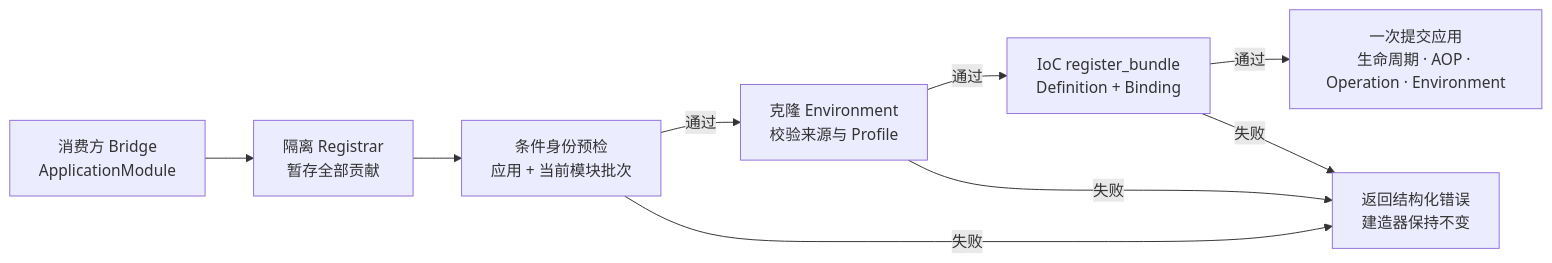
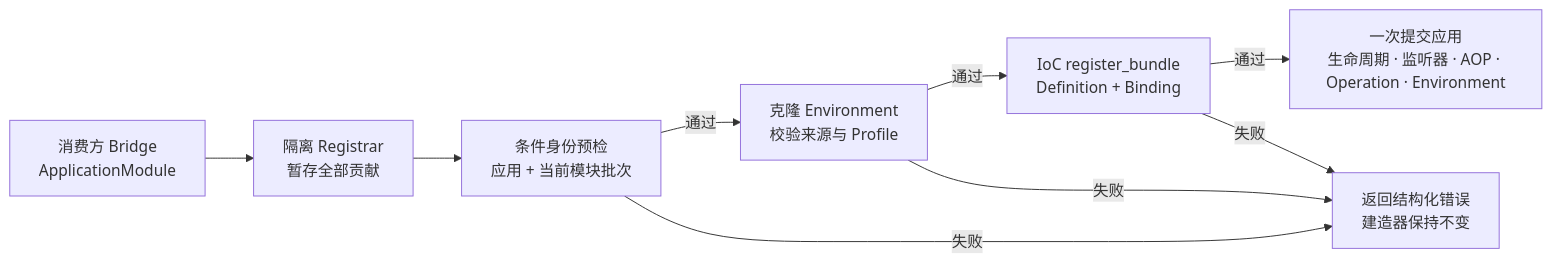
One commit to easy-4-rust/vernal changed diagram 14 of 24 in docs/Vernal-Architecture.zh_CN.md. Above: the diagram before and after it, drawn with Mermaid. The commit also changed other lines of this file and 27 other files, not shown here.

````diff
--- a/docs/Vernal-Architecture.zh_CN.md
+++ b/docs/Vernal-Architecture.zh_CN.md
@@ -928,19 +930,19 @@
 ```mermaid
 flowchart LR
     Bridge["消费方 Bridge<br/>ApplicationModule"]
     Stage["隔离 Registrar<br/>暂存全部贡献"]
     Condition["条件身份预检<br/>应用 + 当前模块批次"]
     Env["克隆 Environment<br/>校验来源与 Profile"]
     Bundle["IoC register_bundle<br/>Definition + Binding"]
-    Commit["一次提交应用<br/>生命周期 · AOP · Operation · Environment"]
+    Commit["一次提交应用<br/>生命周期 · 监听器 · AOP · Operation · Environment"]
     Rollback["返回结构化错误<br/>建造器保持不变"]
 
     Bridge --> Stage
     Stage --> Condition
     Condition -->|"通过"| Env
     Condition -->|"失败"| Rollback
     Env -->|"通过"| Bundle
     Env -->|"失败"| Rollback
     Bundle -->|"通过"| Commit
     Bundle -->|"失败"| Rollback
 ```
````
